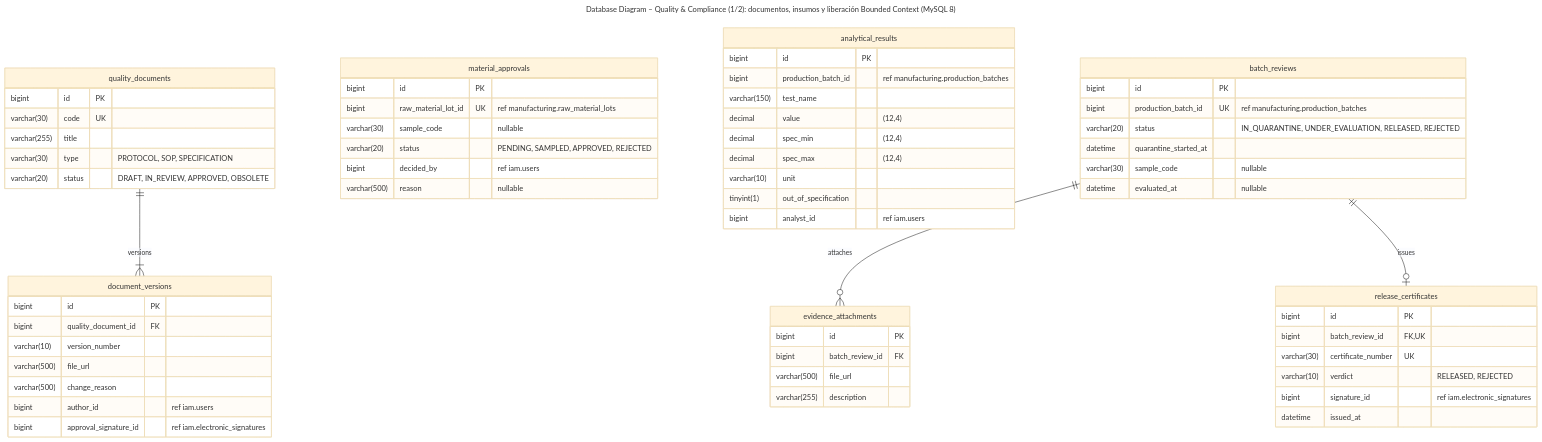
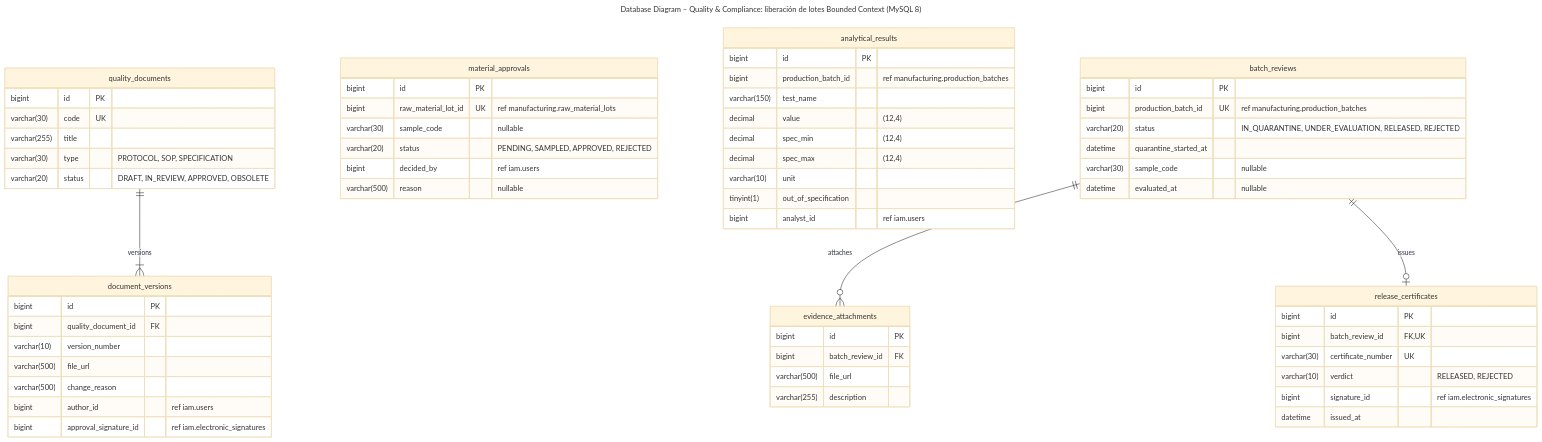
The diagram in assets/diagrams/mermaid/db-06a-quality.mmd (danRO-20/SI), drawn with Mermaid (base theme) before and after one commit. The commit also changed 88 other files, not shown here.

First line of the commit message:
docs(cap4): Quality & Compliance como un solo bounded context

```diff
--- a/assets/diagrams/mermaid/db-06a-quality.mmd
+++ b/assets/diagrams/mermaid/db-06a-quality.mmd
@@ -1,64 +1,64 @@
 ---
-title: "Database Diagram – Quality & Compliance (1/2): documentos, insumos y liberación Bounded Context (MySQL 8)"
+title: "Database Diagram – Quality & Compliance: liberación de lotes Bounded Context (MySQL 8)"
 ---
 erDiagram
   quality_documents {
     bigint id PK
     varchar(30) code UK
     varchar(255) title
     varchar(30) type "PROTOCOL, SOP, SPECIFICATION"
     varchar(20) status "DRAFT, IN_REVIEW, APPROVED, OBSOLETE"
   }
   document_versions {
     bigint id PK
     bigint quality_document_id FK
     varchar(10) version_number
     varchar(500) file_url
     varchar(500) change_reason
     bigint author_id "ref iam.users"
     bigint approval_signature_id "ref iam.electronic_signatures"
   }
   material_approvals {
     bigint id PK
     bigint raw_material_lot_id UK "ref manufacturing.raw_material_lots"
     varchar(30) sample_code "nullable"
     varchar(20) status "PENDING, SAMPLED, APPROVED, REJECTED"
     bigint decided_by "ref iam.users"
     varchar(500) reason "nullable"
   }
   analytical_results {
     bigint id PK
     bigint production_batch_id "ref manufacturing.production_batches"
     varchar(150) test_name
     decimal value "(12,4)"
     decimal spec_min "(12,4)"
     decimal spec_max "(12,4)"
     varchar(10) unit
     tinyint(1) out_of_specification
     bigint analyst_id "ref iam.users"
   }
   batch_reviews {
     bigint id PK
     bigint production_batch_id UK "ref manufacturing.production_batches"
     varchar(20) status "IN_QUARANTINE, UNDER_EVALUATION, RELEASED, REJECTED"
     datetime quarantine_started_at
     varchar(30) sample_code "nullable"
     datetime evaluated_at "nullable"
   }
   evidence_attachments {
     bigint id PK
     bigint batch_review_id FK
     varchar(500) file_url
     varchar(255) description
   }
   release_certificates {
     bigint id PK
     bigint batch_review_id FK, UK
     varchar(30) certificate_number UK
     varchar(10) verdict "RELEASED, REJECTED"
     bigint signature_id "ref iam.electronic_signatures"
     datetime issued_at
   }
   quality_documents ||--|{ document_versions : "versions"
   batch_reviews ||--o{ evidence_attachments : "attaches"
   batch_reviews ||--o| release_certificates : "issues"
```
